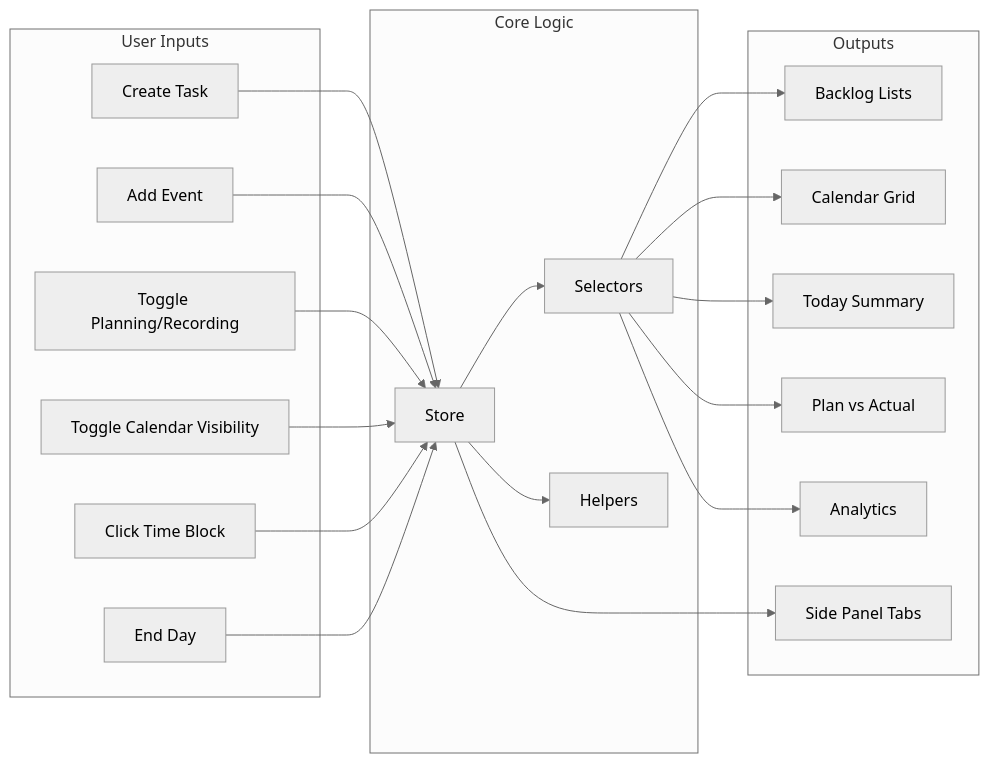
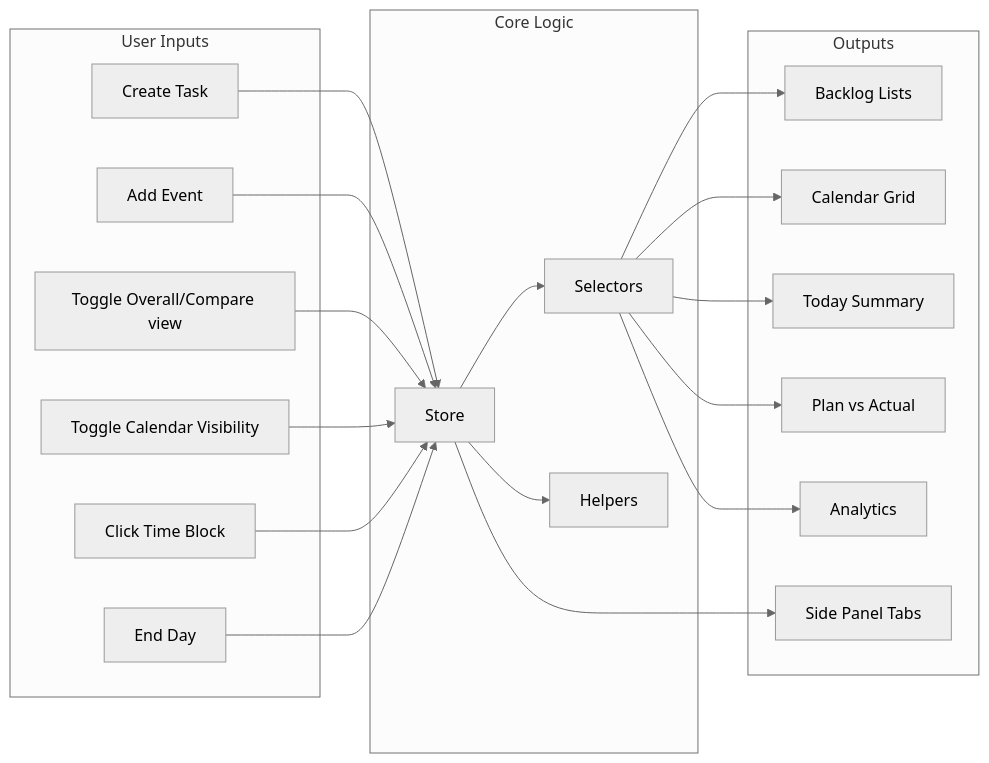
Before and after one commit to wangshei/Timebox: the fifth of 5 diagrams in docs/ENGINEERING_LEAD.md, drawn with Mermaid (neutral theme). The commit also changed other lines of this file and 29 other files, not shown here.

````diff
--- a/docs/ENGINEERING_LEAD.md
+++ b/docs/ENGINEERING_LEAD.md
@@ -177,42 +177,42 @@
 ```mermaid
 flowchart LR
   subgraph Inputs [User Inputs]
     CreateTask[Create Task]
     AddEvent[Add Event]
-    ToggleMode[Toggle Planning/Recording]
+    ToggleMode[Toggle Overall/Compare view]
     ToggleContainers[Toggle Calendar Visibility]
     ClickBlock[Click Time Block]
     EndDay[End Day]
   end
 
   subgraph Core [Core Logic]
     Store[Store]
     Selectors[Selectors]
     Helpers[Helpers]
   end
 
   subgraph Outputs [Outputs]
     Backlog[Backlog Lists]
     Grid[Calendar Grid]
     Today[Today Summary]
     PlanVsActual[Plan vs Actual]
     Analytics[Analytics]
     SidePanel[Side Panel Tabs]
   end
 
   CreateTask --> Store
   AddEvent --> Store
   ToggleMode --> Store
   ToggleContainers --> Store
   ClickBlock --> Store
   EndDay --> Store
 
   Store --> Selectors
   Store --> Helpers
   Selectors --> Backlog
   Selectors --> Grid
   Selectors --> Today
   Selectors --> PlanVsActual
   Selectors --> Analytics
   Store --> SidePanel
 ```
````
